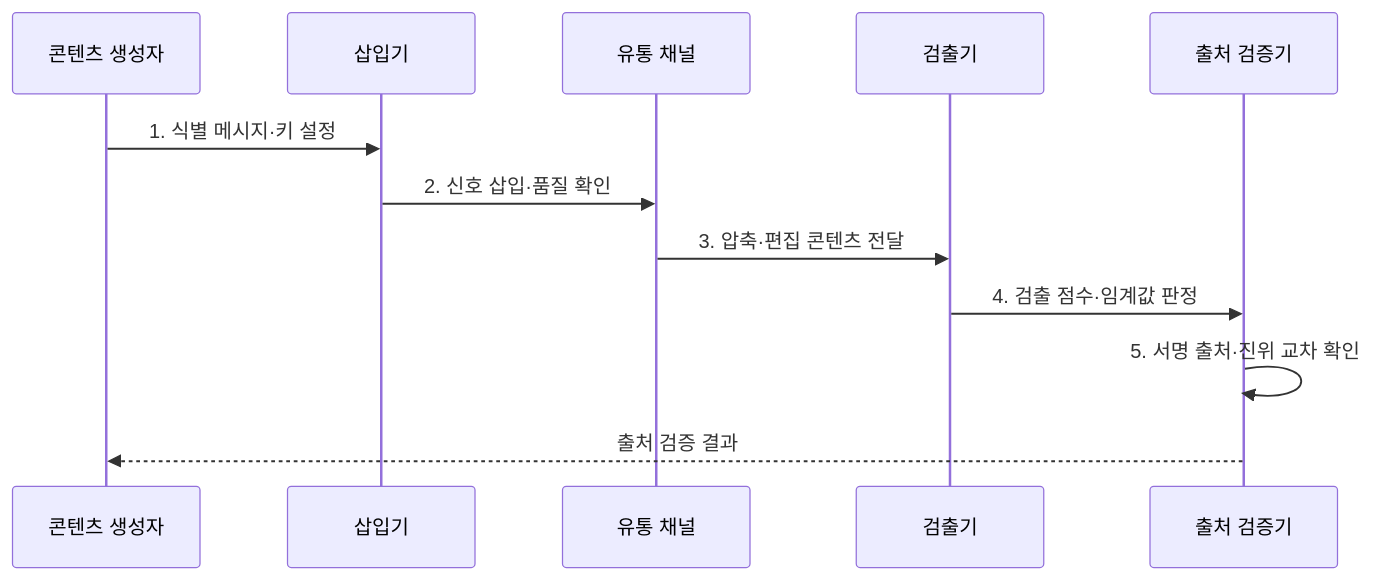
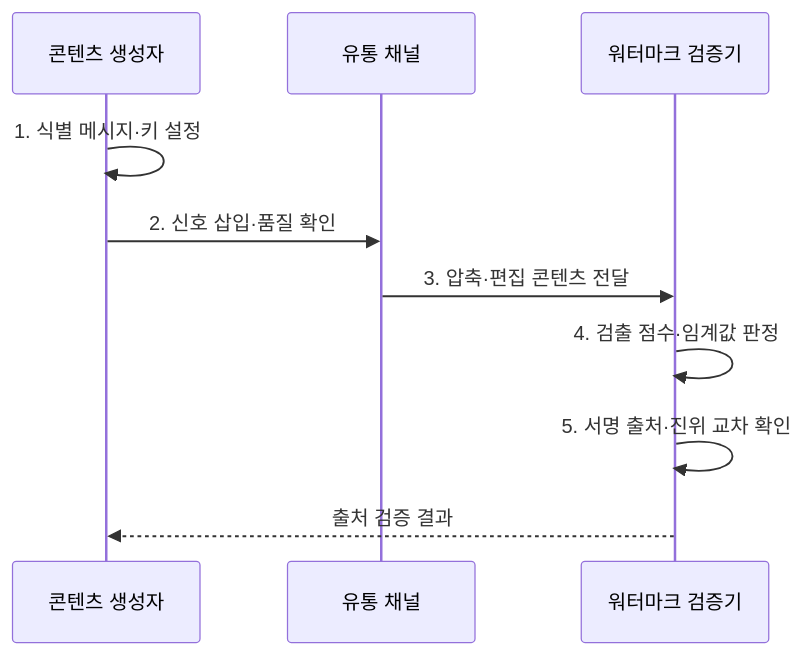
One commit to agnusdei1207/knowledge-base changed the second of 2 diagrams in src/content/docs/notes/05-security/091_ai_watermarking.md. Above: the diagram before and after it, drawn with Mermaid. The commit also changed 9 other files, not shown here.

Commit message:
Simplify AI security sequence actors

````diff
--- a/src/content/docs/notes/05-security/091_ai_watermarking.md
+++ b/src/content/docs/notes/05-security/091_ai_watermarking.md
@@ -98,14 +98,12 @@
 ```mermaid
 sequenceDiagram
     participant O as 콘텐츠 생성자
-    participant I as 삽입기
     participant C as 유통 채널
-    participant D as 검출기
-    participant V as 출처 검증기
-    O->>I: 1. 식별 메시지·키 설정
-    I->>C: 2. 신호 삽입·품질 확인
-    C->>D: 3. 압축·편집 콘텐츠 전달
-    D->>V: 4. 검출 점수·임계값 판정
+    participant V as 워터마크 검증기
+    O->>O: 1. 식별 메시지·키 설정
+    O->>C: 2. 신호 삽입·품질 확인
+    C->>V: 3. 압축·편집 콘텐츠 전달
+    V->>V: 4. 검출 점수·임계값 판정
     V->>V: 5. 서명 출처·진위 교차 확인
     V-->>O: 출처 검증 결과
 ```
````
